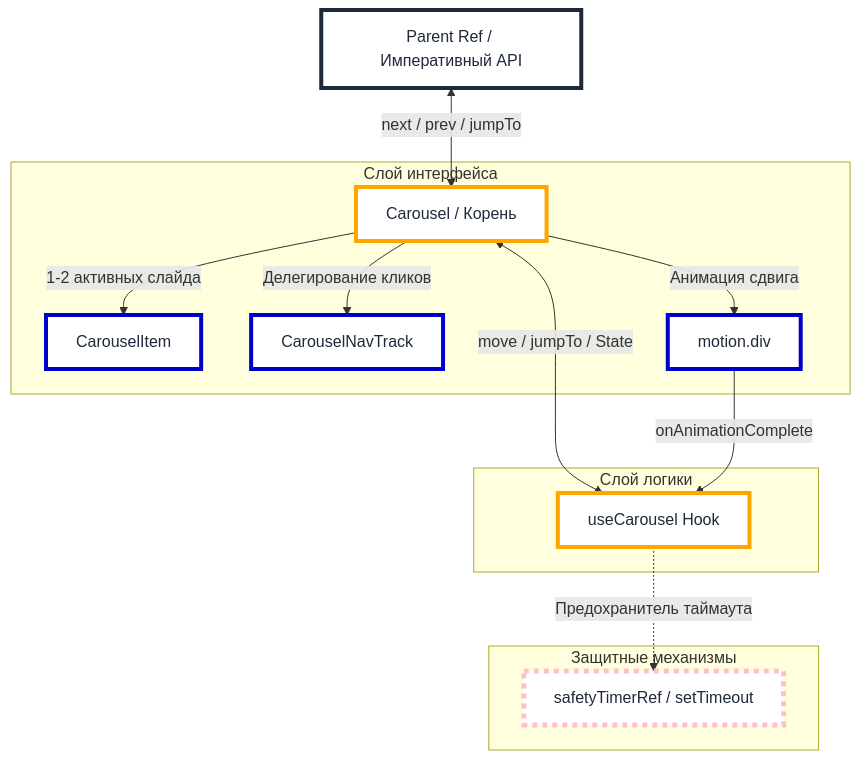
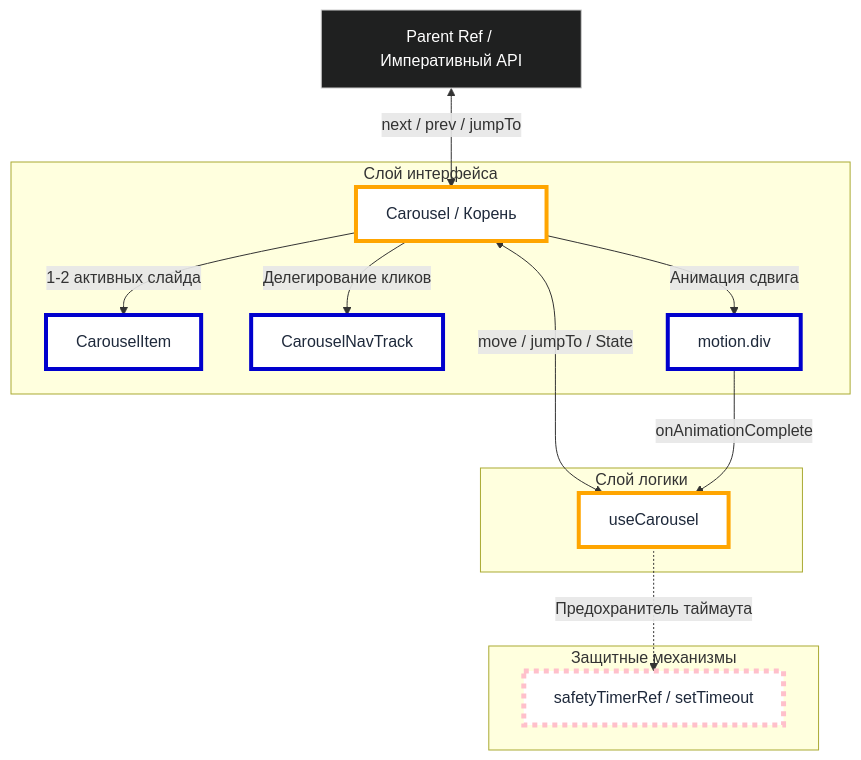
Before and after one commit to voxman90/toxin-site-frontend: the second of 4 diagrams in README.md, drawn with Mermaid. The commit also changed other lines of this file, not shown here.

````diff
--- a/README.md
+++ b/README.md
@@ -233,30 +233,30 @@
 ```mermaid
     graph TD
         Ref[Parent Ref / Императивный API] <--> |next / prev / jumpTo| C[Carousel / Корень]
 
         subgraph UI [Слой интерфейса]
             C --> |1-2 активных слайда| CI[CarouselItem]
             C --> |Делегирование кликов| NT[CarouselNavTrack]
             C --> |Анимация сдвига| FM[motion.div]
         end
 
         subgraph Logic [Слой логики]
-            C <--> |move / jumpTo / State| UC[useCarousel Hook]
+            C <--> |move / jumpTo / State| UC[useCarousel]
         end
 
         subgraph Guards [Защитные механизмы]
             FM --> |onAnimationComplete| UC
             UC -.-> |Предохранитель таймаута| ST[safetyTimerRef / setTimeout]
         end
 
-        style Ref fill:#fff,stroke:#1e293b,stroke-width:4px,color:#1e293b
+        style Ref fill:#1f2020,stroke:#ccc,stroke-width:1px,color:#fff
         
         style CI fill:#fff,stroke:mediumblue,stroke-width:4px,color:#1e293b
         style NT fill:#fff,stroke:mediumblue,stroke-width:4px,color:#1e293b
         style FM fill:#fff,stroke:mediumblue,stroke-width:4px,color:#1e293b
 
         style C fill:#fff,stroke:orange,stroke-width:4px,color:#1e293b
         style UC fill:#fff,stroke:orange,stroke-width:4px,color:#1e293b
 
         style ST fill:#fff,stroke:pink,stroke-width:5px,stroke-dasharray:5 5,color:#1e293b
 ```
````
